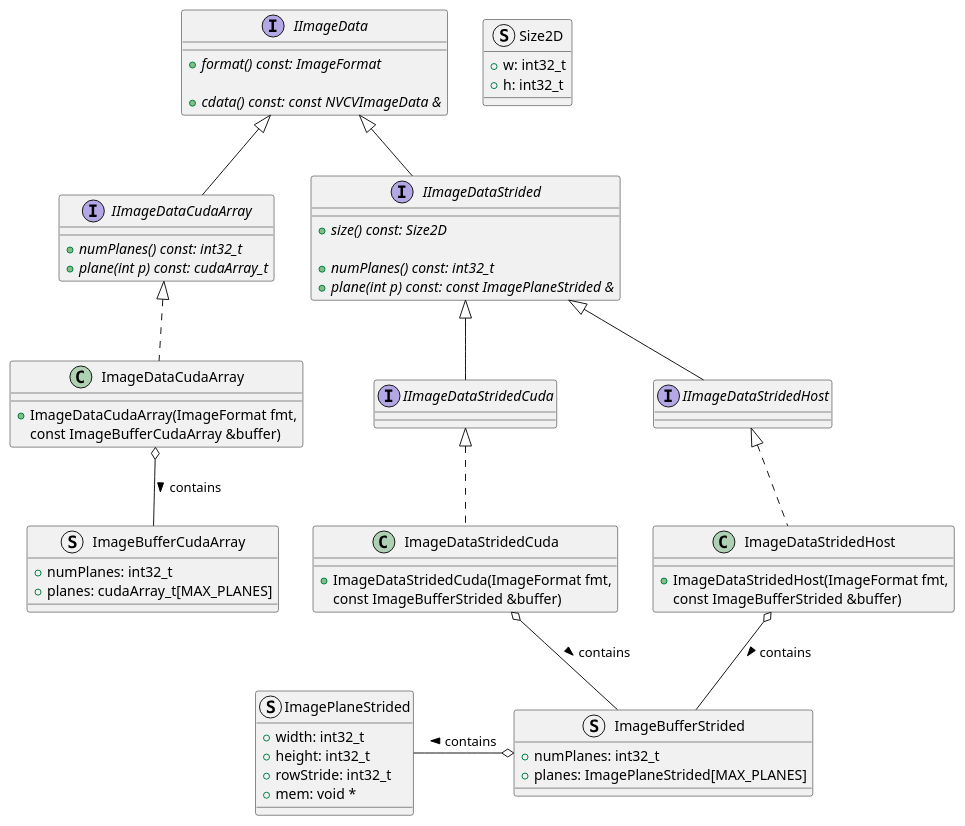
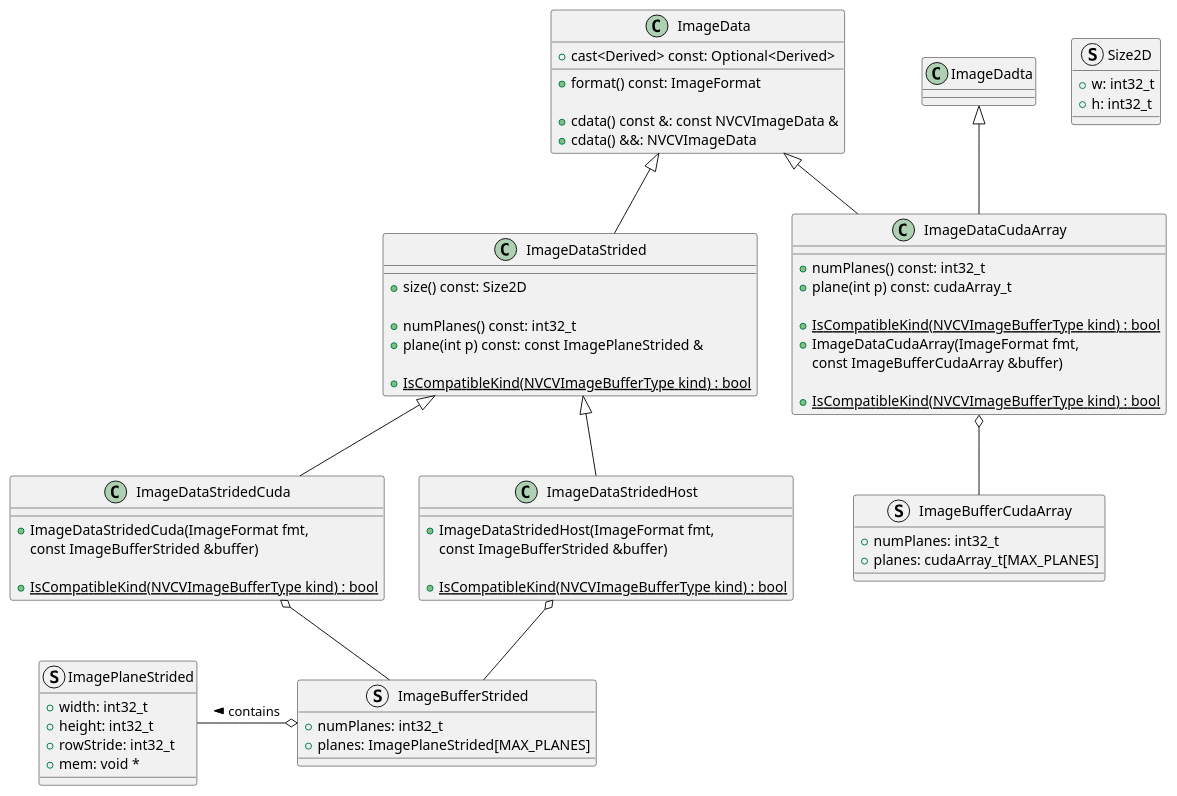
Before and after one commit to CVCUDA/CV-CUDA: the diagram in docs/design/image_data_classes.puml, drawn with PlantUML. The commit also changed other lines of this file and 479 other files, not shown here.

```diff
--- a/docs/design/image_data_classes.puml
+++ b/docs/design/image_data_classes.puml
@@ -13,82 +13,87 @@
 @startuml
 
-interface IImageData
+class ImageData
 {
-    + {abstract} format() const: ImageFormat
+    + format() const: ImageFormat
 
-    + {abstract} cdata() const: const NVCVImageData &
+    + cdata() const &: const NVCVImageData &
+    + cdata() &&: NVCVImageData
+
+    + cast<Derived> const: Optional<Derived>
 }
 
-interface IImageDataCudaArray extends IImageData
+class ImageDataCudaArray extends ImageData
 {
-    + {abstract} numPlanes() const: int32_t
-    + {abstract} plane(int p) const: cudaArray_t
+    + numPlanes() const: int32_t
+    + plane(int p) const: cudaArray_t
+
+    + {static} IsCompatibleKind(NVCVImageBufferType kind) : bool
 }
 
 struct Size2D
 {
     + w: int32_t
     + h: int32_t
 }
 
 struct ImagePlaneStrided
 {
     + width: int32_t
     + height: int32_t
     + rowStride: int32_t
     + mem: void *
 }
 
-interface IImageDataStrided extends IImageData
+class ImageDataStrided extends ImageData
 {
-    + {abstract} size() const: Size2D
+    + size() const: Size2D
 
-    + {abstract} numPlanes() const: int32_t
-    + {abstract} plane(int p) const: const ImagePlaneStrided &
-}
+    + numPlanes() const: int32_t
+    + plane(int p) const: const ImagePlaneStrided &
 
-interface IImageDataStridedCuda implements IImageDataStrided
-{
-}
-
-interface IImageDataStridedHost implements IImageDataStrided
-{
+    + {static} IsCompatibleKind(NVCVImageBufferType kind) : bool
 }
 
 struct ImageBufferCudaArray
 {
     + numPlanes: int32_t
     + planes: cudaArray_t[MAX_PLANES]
 }
 
-class ImageDataCudaArray implements IImageDataCudaArray
+class ImageDataCudaArray extends ImageDadta
 {
     + ImageDataCudaArray(ImageFormat fmt,
                          const ImageBufferCudaArray &buffer)
+
+    + {static} IsCompatibleKind(NVCVImageBufferType kind) : bool
 }
 
 struct ImageBufferStrided
 {
     + numPlanes: int32_t
     + planes: ImagePlaneStrided[MAX_PLANES]
 }
 
-class ImageDataStridedCuda implements IImageDataStridedCuda
+class ImageDataStridedCuda extends ImageDataStrided
 {
     + ImageDataStridedCuda(ImageFormat fmt,
                            const ImageBufferStrided &buffer)
+
+    + {static} IsCompatibleKind(NVCVImageBufferType kind) : bool
 }
 
-class ImageDataStridedHost implements IImageDataStridedHost
+class ImageDataStridedHost extends ImageDataStrided
 {
     + ImageDataStridedHost(ImageFormat fmt,
-                         const ImageBufferStrided &buffer)
+                           const ImageBufferStrided &buffer)
+
+    + {static} IsCompatibleKind(NVCVImageBufferType kind) : bool
 }
 
-ImageBufferStrided -up-o ImageDataStridedHost: contains <
-ImageBufferStrided -up-o ImageDataStridedCuda: contains <
+ImageBufferStrided -up-o ImageDataStridedHost
+ImageBufferStrided -up-o ImageDataStridedCuda
 ImagePlaneStrided -right-o ImageBufferStrided: contains <
 
-ImageBufferCudaArray -up-o ImageDataCudaArray: contains <
+ImageBufferCudaArray -up-o ImageDataCudaArray
 
 @enduml
```
